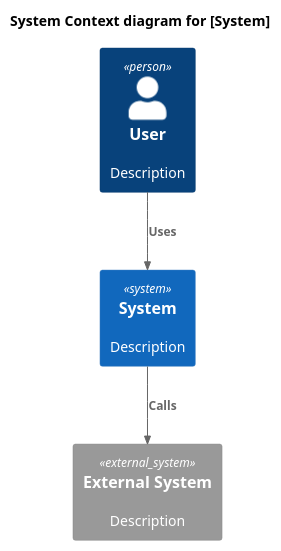
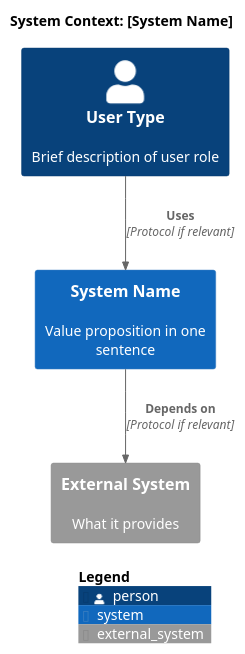
One commit to CrazyMeal/claude-architect-marketplace changed the first of 5 diagrams in plugins/diagrams-as-code/commands/c4-diagram.md. Above: the diagram before and after it, drawn with PlantUML. The commit also changed other lines of this file and 22 other files, not shown here.

First line of the commit message:
refactor: elevate plugins to expert-level with deep architectural knowledge

````diff
--- a/plugins/diagrams-as-code/commands/c4-diagram.md
+++ b/plugins/diagrams-as-code/commands/c4-diagram.md
@@ -28,15 +30,16 @@
 ```plantuml
 @startuml
 !include https://raw.githubusercontent.com/plantuml-stdlib/C4-PlantUML/master/C4_Context.puml
 
-title System Context diagram for [System]
+title System Context: [System Name]
 
-Person(user, "User", "Description")
-System(system, "System", "Description")
-System_Ext(external, "External System", "Description")
+Person(user, "User Type", "Brief description of user role")
+System(system, "System Name", "Value proposition in one sentence")
+System_Ext(external, "External System", "What it provides")
 
-Rel(user, system, "Uses")
-Rel(system, external, "Calls")
+Rel(user, system, "Uses", "Protocol if relevant")
+Rel(system, external, "Depends on", "Protocol if relevant")
 
+SHOW_LEGEND()
 @enduml
 ```
````
